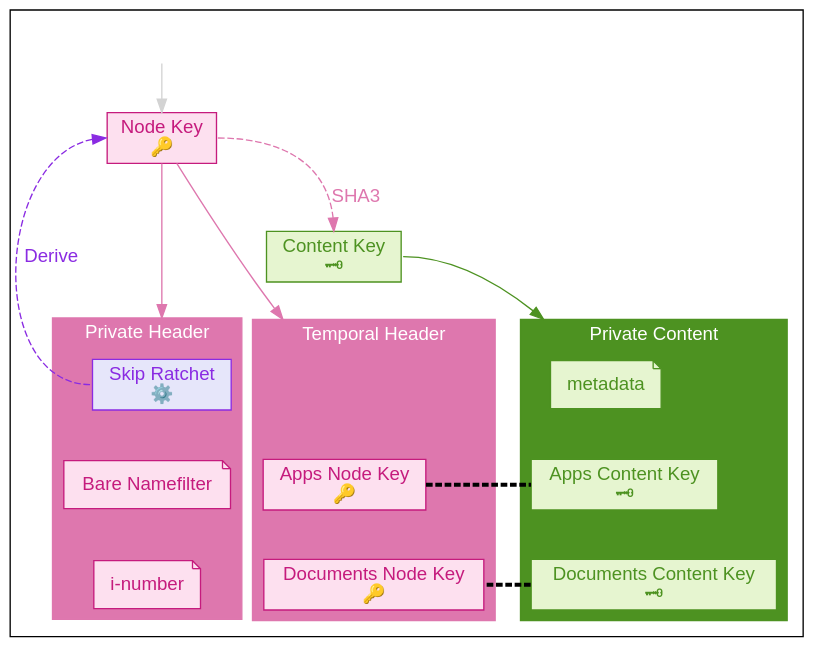
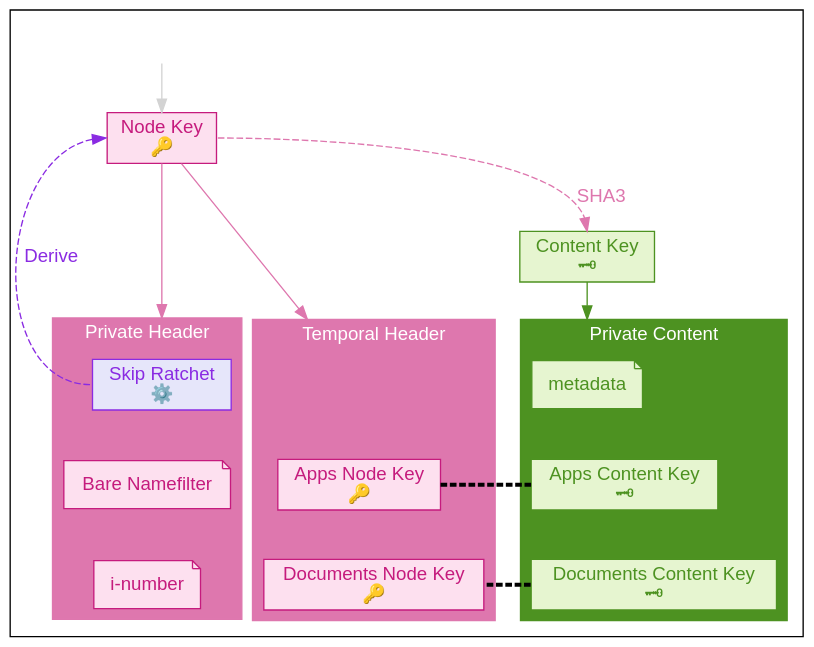
Before and after one commit to wnfs-wg/spec: the diagram in spec/diagrams/decryption_pointer.dot, drawn with Graphviz.

Commit message:
Tweak after rendering differences

```diff
--- a/spec/diagrams/decryption_pointer.dot
+++ b/spec/diagrams/decryption_pointer.dot
@@ -1,130 +1,135 @@
 digraph G {
     #########
     # SETUP #
     #########
 
     compound = true
     fontname = "Helvetica"
 
     edge [
         colorscheme = "piyg11"
         color = black
         fontname = "Helvetica"
     ];
 
     node [
         shape = box
         colorscheme = "piyg11"
         style = filled
         fillcolor = 5
         color = black
         fontname = "Helvetica"
         color=2
         fontcolor=2
     ];
 
     graph [
         colorscheme="piyg11"
         color=10
         style = filled
         fontcolor=white
     ];
 
     ##############
     # FREE NODES #
     ##############
 
     invis_parent [style = invis]
     node_key [label = "Node Key\n🔑" color = 2  fontcolor = 2]
     content_key [label = "Content Key\n🗝" color=10 fontcolor = 10 fillcolor=7]
 
     ############
     # CLUSTERS #
     ############
 
     subgraph cluster_private_header {
         label = "Private Header"
         color=3
 
         skip_ratchet [label = "Skip Ratchet\n⚙️" color = blueviolet fontcolor = blueviolet fillcolor=lavender]
         bare_nf [label = "Bare Namefilter" shape = note]
         i_number [label = "i-number" shape = note]
 
         skip_ratchet -> bare_nf -> i_number [style=invis]
     }
 
     subgraph cluster_temporal_header {
         label = "Temporal Header"
         color = 3
 
         apps_header_key [label = "Apps Node Key\n🔑"]
         docs_header_key [label = "Documents Node Key\n🔑"]
         invis_header [style = invis]
 
         invis_header -> apps_header_key -> docs_header_key  [style=invis]
     }
 
     subgraph cluster_private_content {
         label = "Private Content"
 
         node [
             color=10
             fontcolor=10
             fillcolor=7
         ]
 
         metadata [shape = note]
 
         apps_content_key [label="Apps Content Key\n🗝"]
         docs_content_key [label="Documents Content Key\n🗝"]
 
         metadata -> apps_content_key -> docs_content_key [style=invis];
     }
 
     #########
     # EDGES #
     #########
 
     node_key:e -> content_key:n [
-        label="SHA3"
-        style=dashed
-        color=3
-        fontcolor=3
+        label = "SHA3"
+        style = dashed
+        color = 3
+        fontcolor = 3
+        weight = 0.5
     ]
 
     node_key:w -> skip_ratchet:w [
         dir = back
         style = dashed
         label = "Derive"
         color = blueviolet
         fontcolor = blueviolet
     ]
 
     invis_parent -> node_key [color = lightgray weight = 10]
-    content_key:e -> metadata [lhead = cluster_private_content color=10]
+    content_key:s -> metadata [
+        lhead = cluster_private_content
+        color = 10
+        weight = 18
+    ]
 
     node_key -> skip_ratchet [lhead = cluster_private_header color = 3 weight=10]
     node_key -> invis_header [lhead = cluster_temporal_header color = 3]
 
     apps_header_key -> apps_content_key [
         penwidth = 3
         arrowtail = none
         dir = back
         style = dashed
     ]
 
     docs_content_key -> docs_header_key [
         penwidth = 3
         arrowhead = none
         style = dashed
     ]
 
     ################
     # LAYOUT HACKS #
     ################
 
     content_key:s -> invis_header:n [lhead=cluster_temporal_header style=invis]
     content_key:s -> skip_ratchet:n [lhead=cluster_temporal_header style=invis]
     skip_ratchet -> apps_header_key [lhead=cluster_private_header style=invis]
     apps_header_key -> skip_ratchet [style=invis]
 }
```
